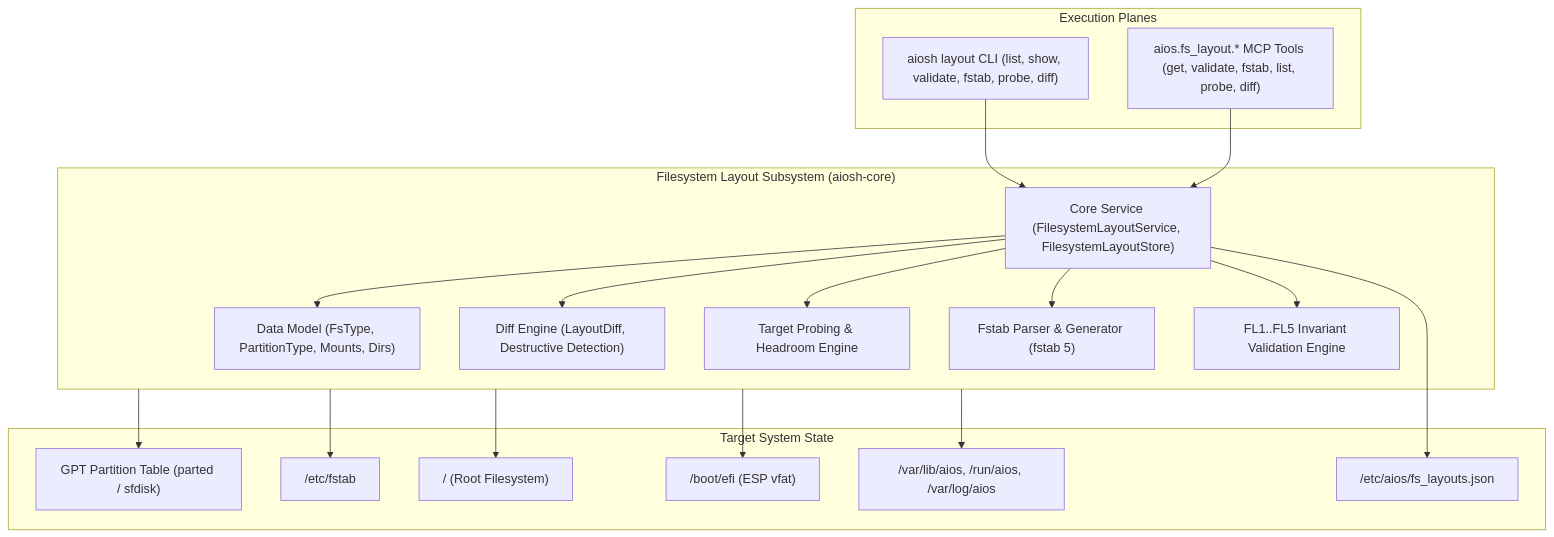
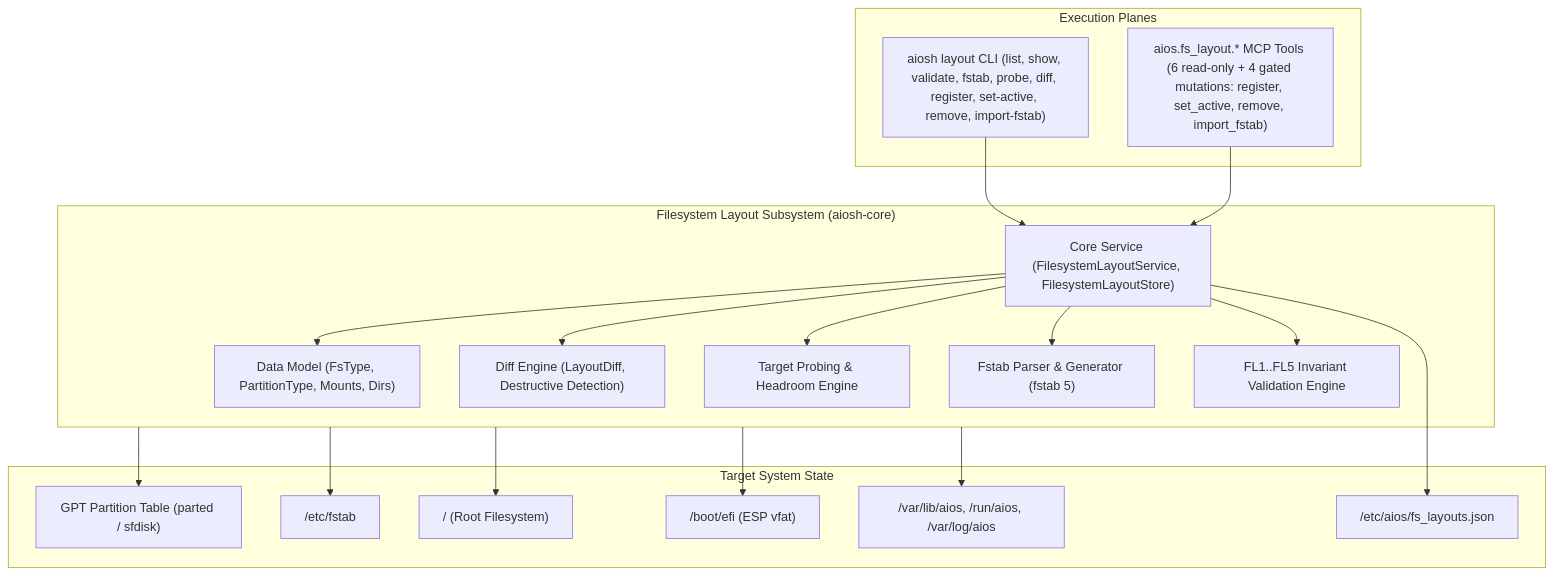
Before and after one commit to Habib112233445566/AIOS: the diagram in docs/filesystem_layout.md, drawn with Mermaid. The commit also changed other lines of this file and 6 other files, not shown here.

First line of the commit message:
docs(fs_layout): document the MCP/API surface and advance the ledger to 1540 (T-01539)

````diff
--- a/docs/filesystem_layout.md
+++ b/docs/filesystem_layout.md
@@ -16,39 +16,39 @@
 ```mermaid
 graph TD
     subgraph ExecutionPlanes["Execution Planes"]
-        CLI["aiosh layout CLI (list, show, validate, fstab, probe, diff)"]
-        MCP["aios.fs_layout.* MCP Tools (get, validate, fstab, list, probe, diff)"]
+        CLI["aiosh layout CLI (list, show, validate, fstab, probe, diff, register, set-active, remove, import-fstab)"]
+        MCP["aios.fs_layout.* MCP Tools (6 read-only + 4 gated mutations: register, set_active, remove, import_fstab)"]
     end
 
     subgraph CoreEngine["Filesystem Layout Subsystem (aiosh-core)"]
         DataModel["Data Model (FsType, PartitionType, Mounts, Dirs)"]
         CoreService["Core Service (FilesystemLayoutService, FilesystemLayoutStore)"]
         DiffEngine["Diff Engine (LayoutDiff, Destructive Detection)"]
         ProbeEngine["Target Probing & Headroom Engine"]
         Fstab["Fstab Parser & Generator (fstab 5)"]
         Validator["FL1..FL5 Invariant Validation Engine"]
     end
 
     subgraph TargetSurfaces["Target System State"]
         GPT["GPT Partition Table (parted / sfdisk)"]
         FSTAB_FILE["/etc/fstab"]
         ROOT_FS["/ (Root Filesystem)"]
         ESP_FS["/boot/efi (ESP vfat)"]
         STORE_FILE["/etc/aios/fs_layouts.json"]
         AIOS_DIRS["/var/lib/aios, /run/aios, /var/log/aios"]
     end
 
     CLI --> CoreService
     MCP --> CoreService
     CoreService --> DataModel
     CoreService --> DiffEngine
     CoreService --> ProbeEngine
     CoreService --> Fstab
     CoreService --> Validator
     CoreService --> STORE_FILE
     CoreEngine --> GPT
     CoreEngine --> FSTAB_FILE
     CoreEngine --> ROOT_FS
     CoreEngine --> ESP_FS
     CoreEngine --> AIOS_DIRS
 ```
````
